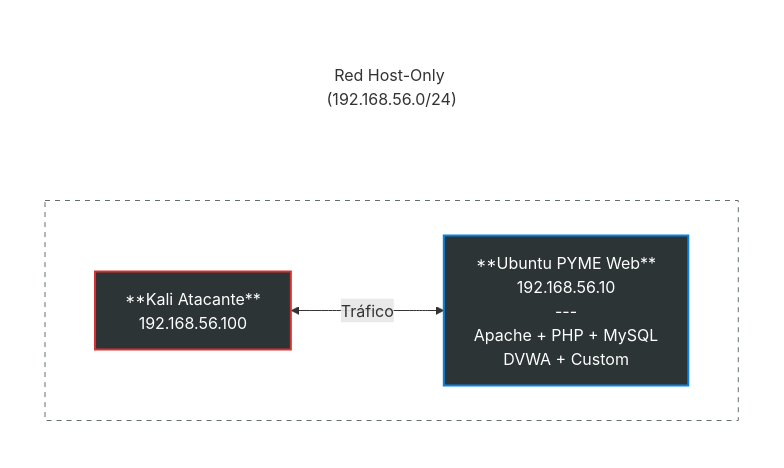
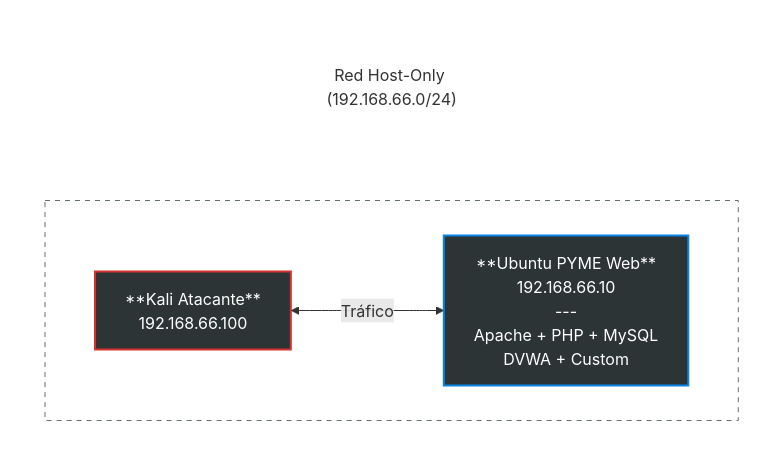
Before and after one commit to AmasterJT/TFM-Ciber-CEU-Jose-Torre: the diagram in README.md, drawn with Mermaid. The commit also changed other lines of this file, not shown here.

````diff
--- a/README.md
+++ b/README.md
@@ -69,29 +73,29 @@
 ``` mermaid
 
 graph LR
     subgraph Marco [" "]
         %% Título de la Red
-        TitleNode["Red Host-Only (192.168.56.0/24)"]
+        TitleNode["Red Host-Only (192.168.66.0/24)"]
         style TitleNode fill:none,stroke:none
         subgraph Escenario [" "]
             direction LR
-            A["**Kali Atacante**<br/>192.168.56.100"]
+            A["**Kali Atacante**<br/>192.168.66.100"]
             
-            B["**Ubuntu PYME Web**<br/>192.168.56.10<br/>---<br/>Apache + PHP + MySQL<br/>DVWA + Custom"]
+            B["**Ubuntu PYME Web**<br/>192.168.66.10<br/>---<br/>Apache + PHP + MySQL<br/>DVWA + Custom"]
             
             A <-->|Tráfico| B
         end
     end
     %% Conexión invisible para empujar el gráfico hacia abajo
     TitleNode --- Escenario
     linkStyle 1 stroke:none
 
     %% Estilos de los nodos
     style A fill:#2d3436,stroke:#d63031,stroke-width:2px,color:#fff
     style B fill:#2d3436,stroke:#0984e3,stroke-width:2px,color:#fff
     style Escenario fill:none,stroke:#636e72,stroke-dasharray: 5 5
 
     %% Estilo del borde exterior (sólido)
     style Marco fill:none,stroke:#ffffff,stroke-width:1px
 
 ```
````
